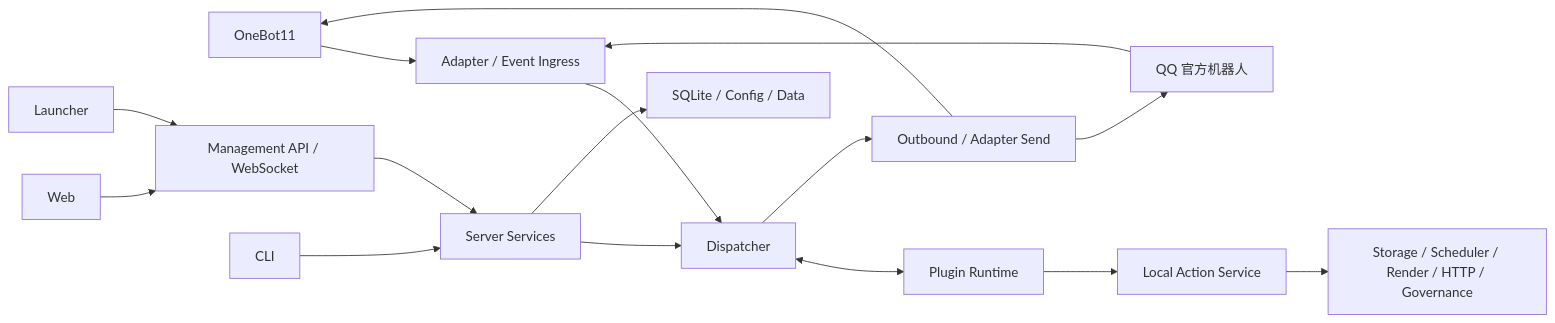
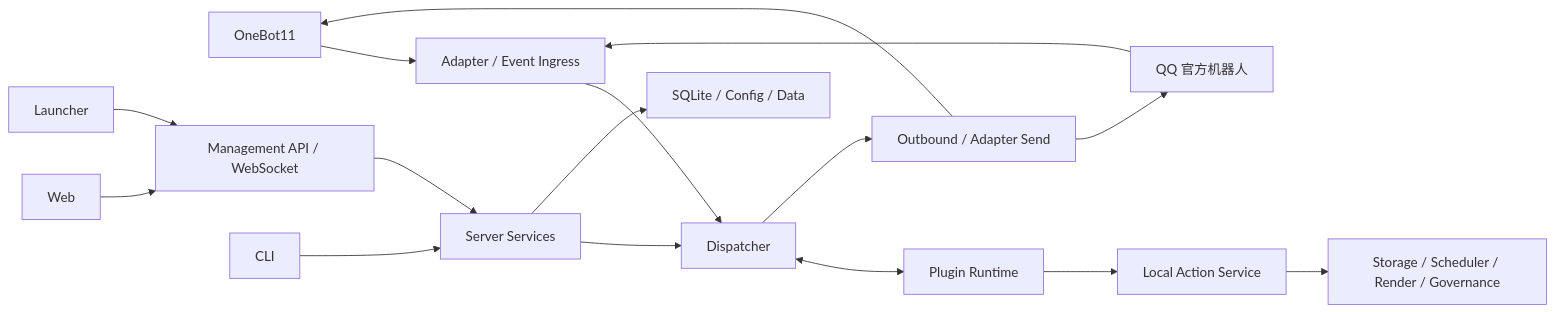
The diagram in docs/RayleaBot机器人项目规划.md (RayleaBot/RayleaBot), drawn with Mermaid before and after one commit. The commit also changed other lines of this file and 38 other files, not shown here.

````diff
--- a/docs/RayleaBot机器人项目规划.md
+++ b/docs/RayleaBot机器人项目规划.md
@@ -40,19 +40,19 @@
 ```mermaid
 flowchart LR
     OB["OneBot11"] --> AD["Adapter / Event Ingress"]
     QQ["QQ 官方机器人"] --> AD
     AD --> DP["Dispatcher"]
     DP <--> RT["Plugin Runtime"]
     RT --> LA["Local Action Service"]
-    LA --> CAP["Storage / Scheduler / Render / HTTP / Governance"]
+    LA --> CAP["Storage / Scheduler / Render / Governance"]
     DP --> OUT["Outbound / Adapter Send"]
     OUT --> OB
     OUT --> QQ
 
     WEB["Web"] --> API["Management API / WebSocket"]
     LCH["Launcher"] --> API
     CLI["CLI"] --> SRV["Server Services"]
     API --> SRV
     SRV --> DP
     SRV --> DB["SQLite / Config / Data"]
 ```
````
